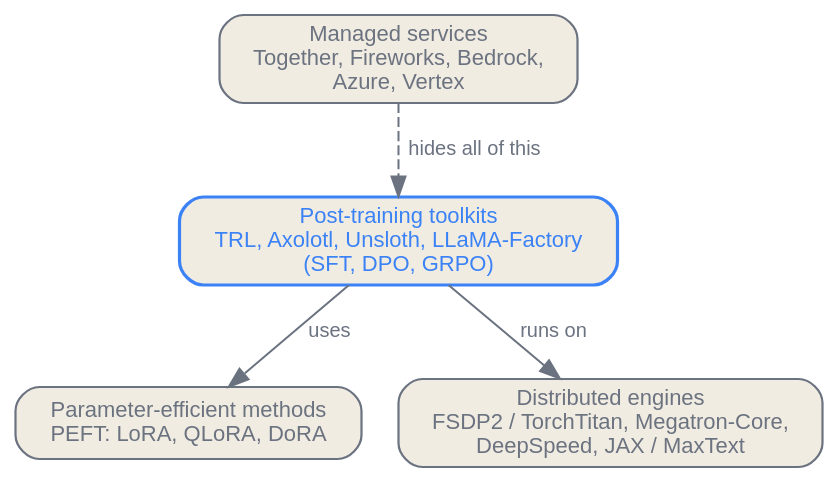
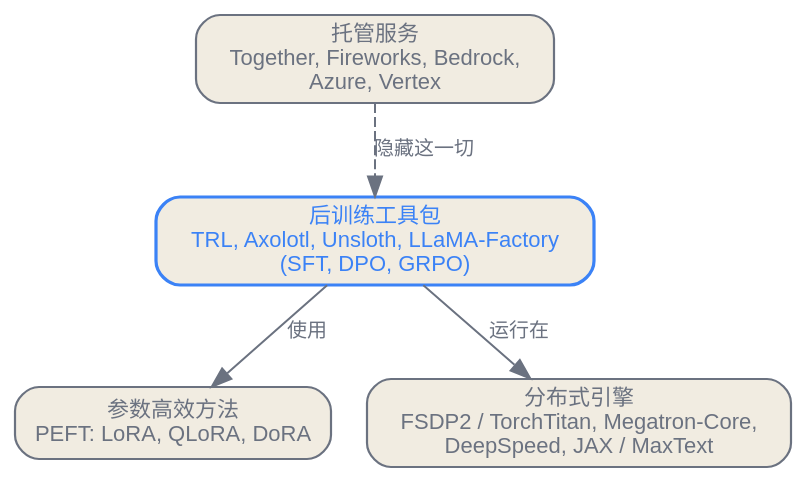
Before and after one commit to latere-ai/ai-as-an-infrastructure: the first of 2 diagrams in zh/practice/04-training-finetuning-practice.qmd, drawn with Graphviz. The commit also changed other lines of this file and 273 other files, not shown here.

Commit message:
docs: localize Chinese diagrams

````diff
--- a/zh/practice/04-training-finetuning-practice.qmd
+++ b/zh/practice/04-training-finetuning-practice.qmd
@@ -23,19 +23,19 @@
 ```{dot}
 //| label: fig-training-layers
 //| fig-cap: "2026 年训练与微调栈的三个子层。多数团队只接触中间一行；引擎在其下，托管服务则替换全部三层。"
 digraph layers {
   rankdir=TB;
   bgcolor="transparent";
   node [shape=box, style="rounded,filled", fontname="Helvetica", fontsize=11, color="#6b7280", fontcolor="#6b7280", fillcolor="#f1ece1", penwidth=1.1];
   edge [fontname="Helvetica", fontsize=10, color="#6b7280", fontcolor="#6b7280"];
 
-  toolkit [label="Post-training toolkits\nTRL, Axolotl, Unsloth, LLaMA-Factory\n(SFT, DPO, GRPO)", color="#3b82f6", fontcolor="#3b82f6", penwidth=1.6];
-  peft [label="Parameter-efficient methods\nPEFT: LoRA, QLoRA, DoRA"];
-  engine [label="Distributed engines\nFSDP2 / TorchTitan, Megatron-Core,\nDeepSpeed, JAX / MaxText"];
-  managed [label="Managed services\nTogether, Fireworks, Bedrock,\nAzure, Vertex"];
+  toolkit [label="后训练工具包\nTRL, Axolotl, Unsloth, LLaMA-Factory\n(SFT, DPO, GRPO)", color="#3b82f6", fontcolor="#3b82f6", penwidth=1.6];
+  peft [label="参数高效方法\nPEFT: LoRA, QLoRA, DoRA"];
+  engine [label="分布式引擎\nFSDP2 / TorchTitan, Megatron-Core,\nDeepSpeed, JAX / MaxText"];
+  managed [label="托管服务\nTogether, Fireworks, Bedrock,\nAzure, Vertex"];
 
-  toolkit -> peft [label="uses"];
-  toolkit -> engine [label="runs on"];
-  managed -> toolkit [label="hides all of this", style=dashed];
+  toolkit -> peft [label="使用"];
+  toolkit -> engine [label="运行在"];
+  managed -> toolkit [label="隐藏这一切", style=dashed];
 }
 ```
````
